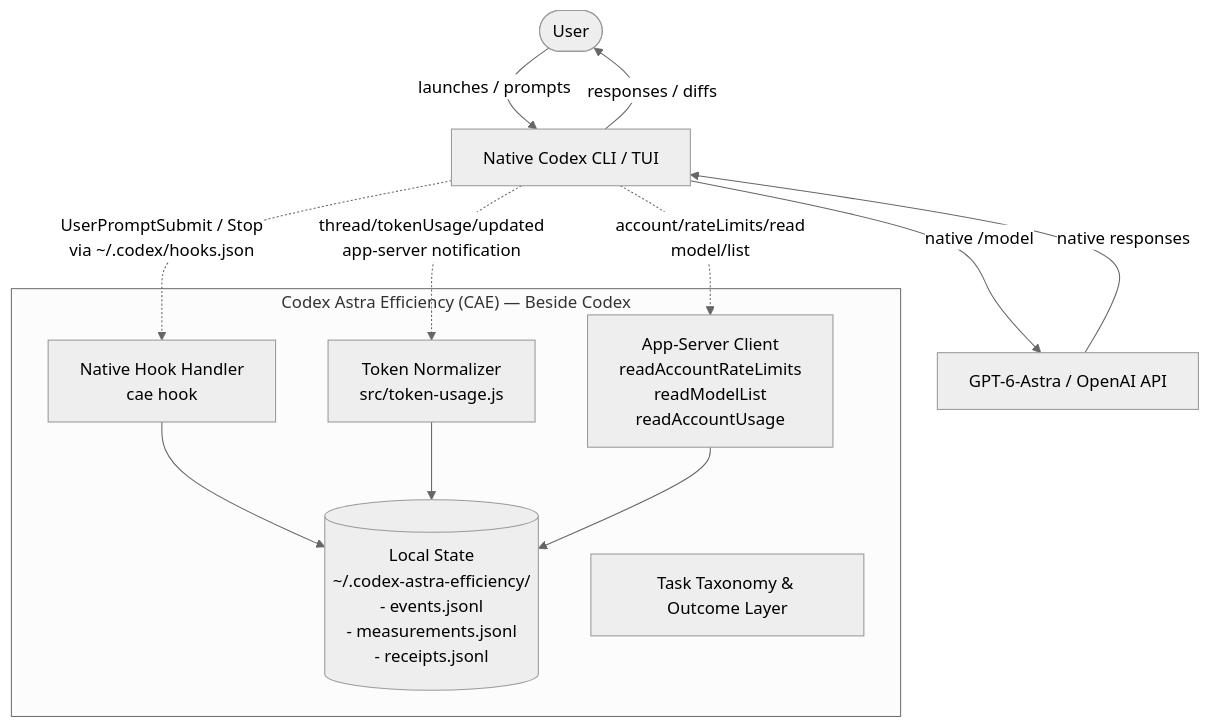
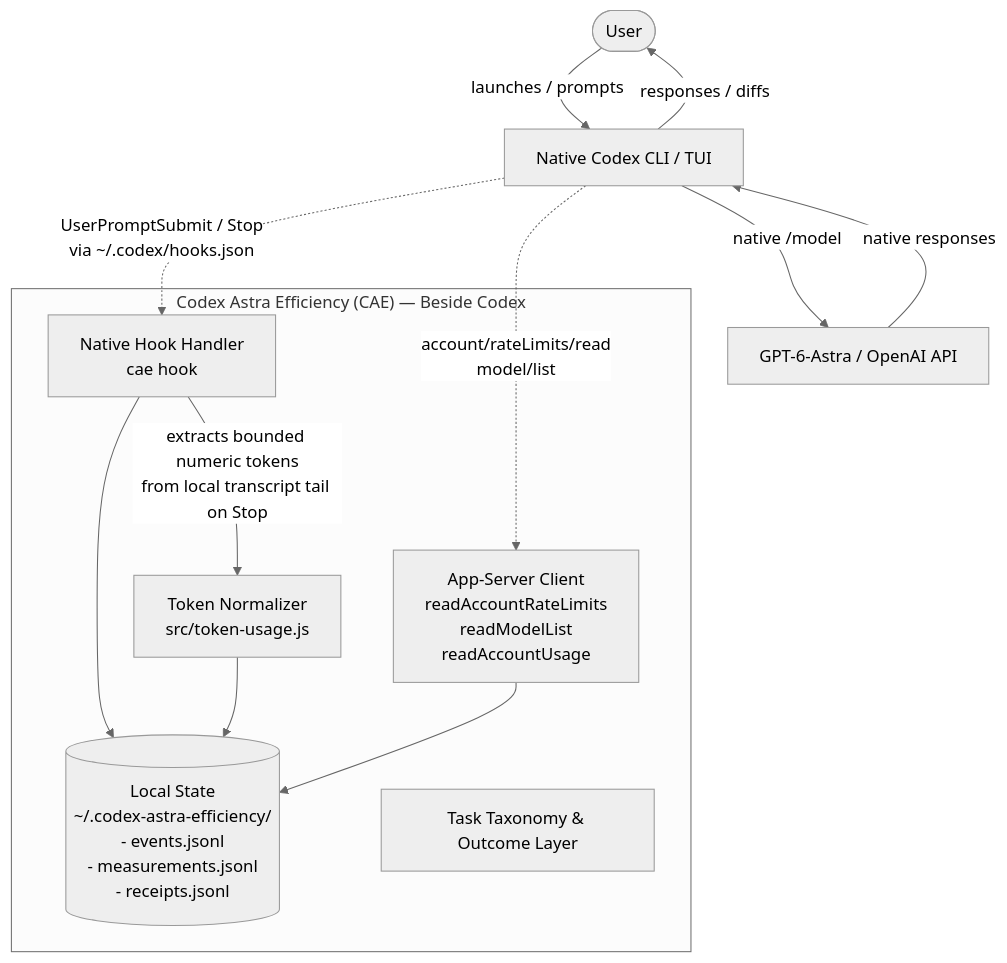
Before and after one commit to EchoEe247/codex-astra-efficiency: the diagram in docs/ARCHITECTURE.md, drawn with Mermaid (neutral theme). The commit also changed other lines of this file and 7 other files, not shown here.

Commit message:
fix(accounting): bound transcript tail reading, restore permissions/env, and harden process cleanup

````diff
--- a/docs/ARCHITECTURE.md
+++ b/docs/ARCHITECTURE.md
@@ -16,22 +16,22 @@
 ```mermaid
 flowchart TD
     User([User]) -->|launches / prompts| Codex[Native Codex CLI / TUI]
     Codex -->|native /model| Astra[GPT-6-Astra / OpenAI API]
     Astra -->|native responses| Codex
     Codex -->|responses / diffs| User
 
     subgraph "Codex Astra Efficiency (CAE) — Beside Codex"
         Hooks[Native Hook Handler\ncae hook]
         AppServer[App-Server Client\nreadAccountRateLimits\nreadModelList\nreadAccountUsage]
         TokenNorm[Token Normalizer\nsrc/token-usage.js]
         LocalStorage[(Local State\n~/.codex-astra-efficiency/\n- events.jsonl\n- measurements.jsonl\n- receipts.jsonl)]
         Taxonomy[Task Taxonomy & Outcome Layer]
     end
 
     Codex -.->|UserPromptSubmit / Stop\nvia ~/.codex/hooks.json| Hooks
-    Codex -.->|thread/tokenUsage/updated\napp-server notification| TokenNorm
+    Hooks -->|extracts bounded numeric tokens\nfrom local transcript tail on Stop| TokenNorm
     Codex -.->|account/rateLimits/read\nmodel/list| AppServer
     Hooks --> LocalStorage
     TokenNorm --> LocalStorage
     AppServer --> LocalStorage
 ```
````
